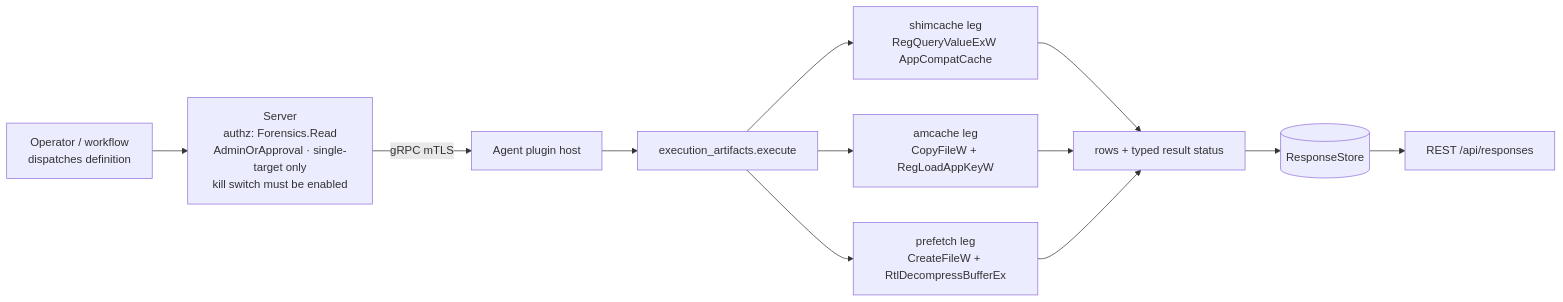
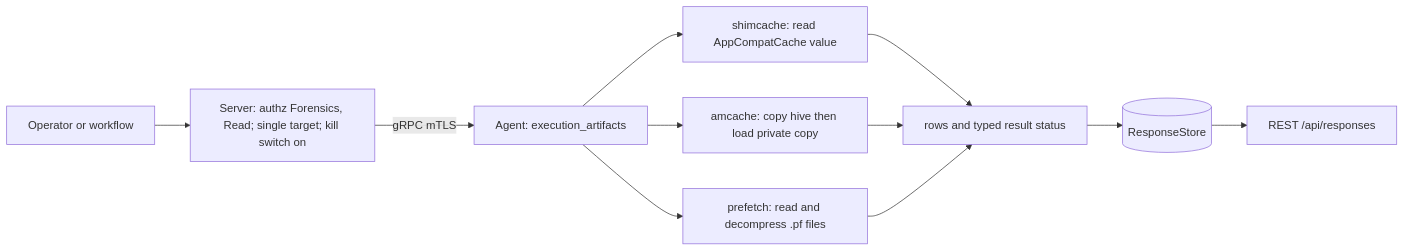
Before and after one commit to DevNullLtd/Yuzu: the first of 3 diagrams in agents/plugins/execution_artifacts/README.md, drawn with Mermaid. The commit also changed other lines of this file and 5 other files, not shown here.

Commit message:
docs(plugins): refresh the browser_policy, execution_artifacts and mgmt_posture READMEs

````diff
--- a/agents/plugins/execution_artifacts/README.md
+++ b/agents/plugins/execution_artifacts/README.md
@@ -19,10 +21,13 @@
 ```mermaid
 flowchart LR
-  OP[Operator / workflow<br/>dispatches definition] --> SRV[Server<br/>authz: Forensics.Read<br/>AdminOrApproval · single-target only<br/>kill switch must be enabled]
-  SRV -- gRPC mTLS --> HOST[Agent plugin host]
-  HOST --> EX[execution_artifacts.execute]
-  EX --> SC[shimcache leg<br/>RegQueryValueExW AppCompatCache]
-  EX --> AC[amcache leg<br/>CopyFileW + RegLoadAppKeyW]
-  EX --> PF[prefetch leg<br/>CreateFileW + RtlDecompressBufferEx]
-  SC & AC & PF --> ROWS[rows + typed result status] --> RS[(ResponseStore)] --> API[REST /api/responses]
+  OP["Operator or workflow"] --> SRV["Server: authz Forensics, Read; single target; kill switch on"]
+  SRV -->|"gRPC mTLS"| EX["Agent: execution_artifacts"]
+  EX --> SC["shimcache: read AppCompatCache value"]
+  EX --> AC["amcache: copy hive then load private copy"]
+  EX --> PF["prefetch: read and decompress .pf files"]
+  SC --> ROWS["rows and typed result status"]
+  AC --> ROWS
+  PF --> ROWS
+  ROWS --> RS[("ResponseStore")]
+  RS --> API["REST /api/responses"]
 ```
````
